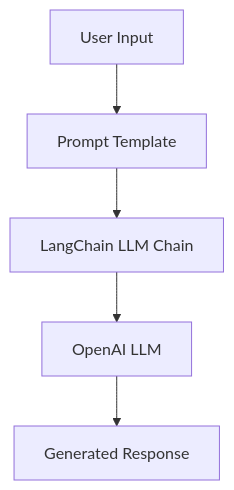
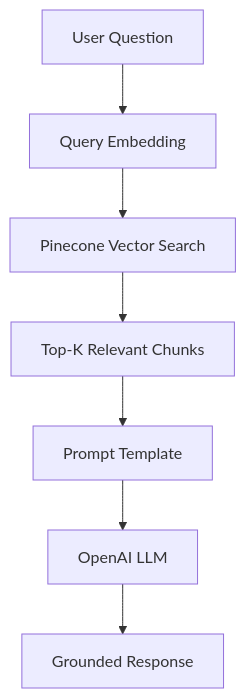
Before and after one commit to LePeanutButter/Convolutional-Layers-Through-Data-and-Experiments: the diagram in README.md, drawn with Mermaid. The commit also changed other lines of this file and 1 other file, not shown here.

Commit message:
feat(rag): implement complete RAG pipeline using OpenAI, Gemini and Pinecone

````diff
--- a/README.md
+++ b/README.md
@@ -48,7 +42,17 @@
 ```mermaid
 flowchart TD
-    A[User Input] --> B[Prompt Template]
-    B --> C[LangChain LLM Chain]
-    C --> D[OpenAI LLM]
-    D --> E[Generated Response]
+    A[User Question]
+    B[Query Embedding]
+    C[Pinecone Vector Search]
+    D[Top-K Relevant Chunks]
+    E[Prompt Template]
+    F[OpenAI LLM]
+    G[Grounded Response]
+
+    A --> B
+    B --> C
+    C --> D
+    D --> E
+    E --> F
+    F --> G
 ```
````
